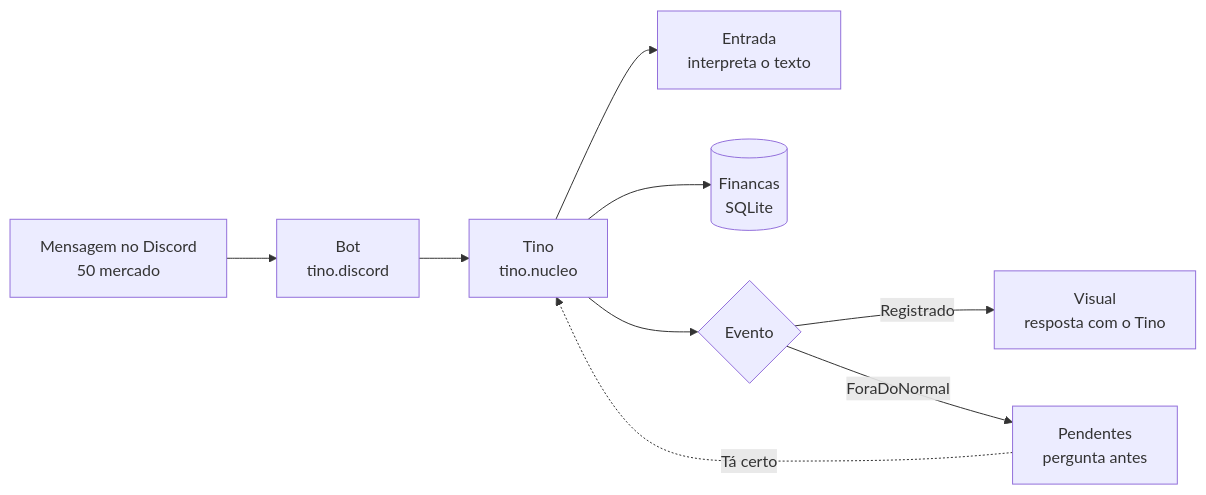
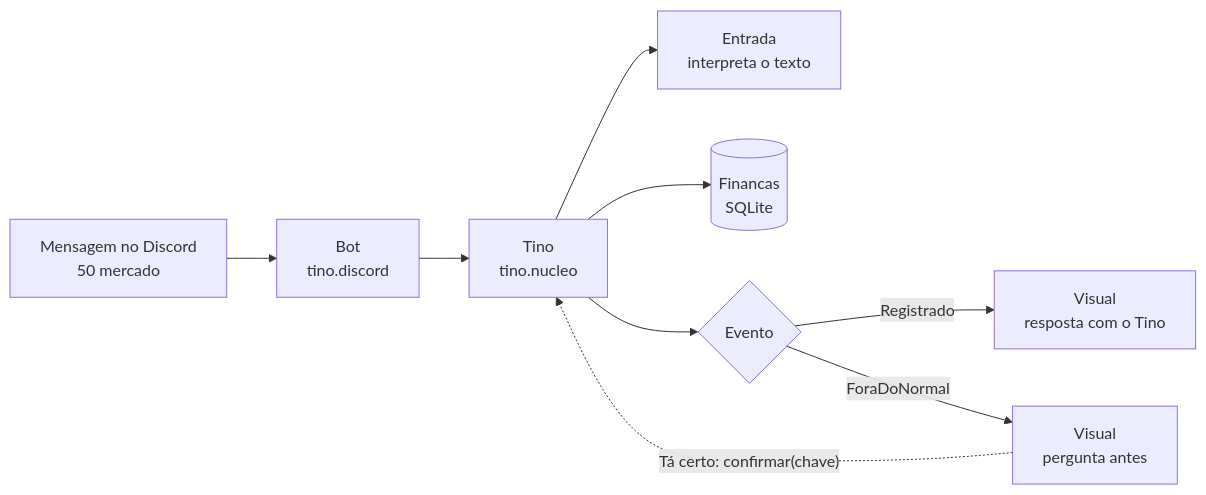
The diagram in README.md (hemkdev/tino), drawn with Mermaid before and after one commit. The commit also changed other lines of this file and 22 other files, not shown here.

````diff
--- a/README.md
+++ b/README.md
@@ -49,11 +49,11 @@
 ```mermaid
 flowchart LR
     msg["Mensagem no Discord<br/>50 mercado"] --> bot["Bot<br/>tino.discord"]
     bot --> tino["Tino<br/>tino.nucleo"]
     tino --> entrada["Entrada<br/>interpreta o texto"]
     tino --> fin[("Financas<br/>SQLite")]
     tino --> ev{"Evento"}
     ev -- Registrado --> vis["Visual<br/>resposta com o Tino"]
-    ev -- ForaDoNormal --> pend["Pendentes<br/>pergunta antes"]
-    pend -. "Tá certo" .-> tino
+    ev -- ForaDoNormal --> pend["Visual<br/>pergunta antes"]
+    pend -. "Tá certo: confirmar(chave)" .-> tino
 ```
````
